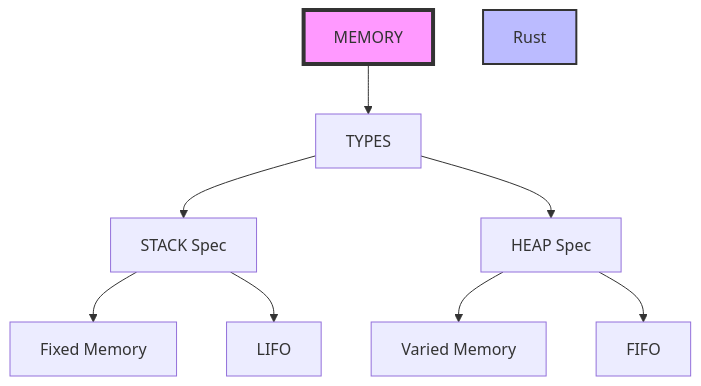
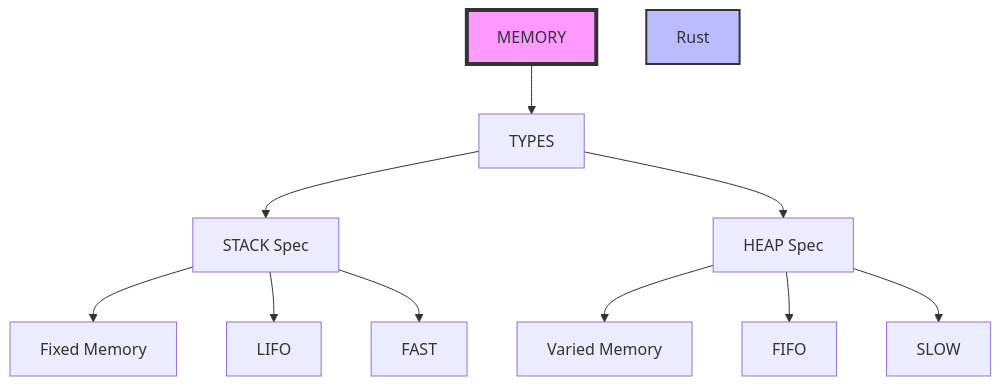
Before and after one commit to molix2000/rst-2026: the diagram in README.md, drawn with Mermaid.

Commit message:
Add more features on to diagram

````diff
--- a/README.md
+++ b/README.md
@@ -15,22 +15,23 @@
 ```mermaid
 
 flowchart TD;
 
 
     ReadMe[MEMORY] --> MEMRef
     MEMRef[TYPES]
     
     
     MEMRef --> STACK[STACK Spec]
     MEMRef --> HEAP[HEAP Spec]
 
     STACK --> FM[Fixed Memory]
     HEAP --> VM[Varied Memory]
     STACK --> ORDL[LIFO]
     HEAP --> ORDF[FIFO]
-
+    STACK --> SS[FAST]
+    HEAP --> HS[SLOW]
 
     style ReadMe fill:#f9f,stroke:#333,stroke-width:4px
     style Rust fill:#bbf,stroke:#333,stroke-width:2px
 
 ```
````
